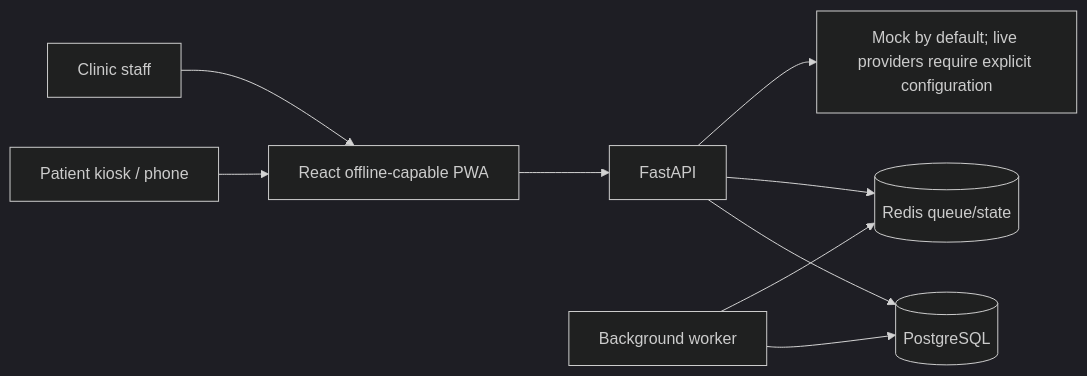
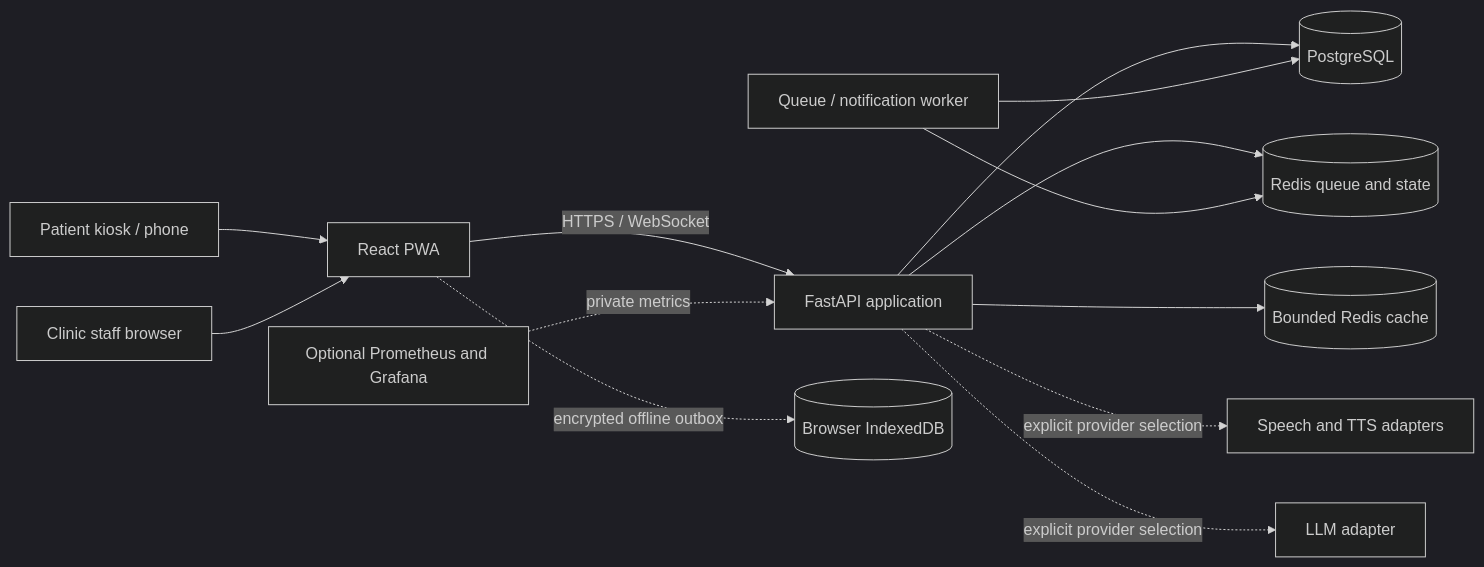
Before and after one commit to Shashi1543-07/OPD-Sathi: the diagram in README.md, drawn with Mermaid (dark theme). The commit also changed other lines of this file and 2 other files, not shown here.

````diff
--- a/README.md
+++ b/README.md
@@ -42,11 +170,15 @@
 ```mermaid
 flowchart LR
-  Kiosk[Patient kiosk / phone] --> PWA[React offline-capable PWA]
-  Staff[Clinic staff] --> PWA
-  PWA --> API[FastAPI]
-  API --> DB[(PostgreSQL)]
-  API --> State[(Redis queue/state)]
-  Worker[Background worker] --> DB
-  Worker --> State
-  API --> Providers[Mock by default; live providers require explicit configuration]
+  Patient[Patient kiosk / phone] --> Web[React PWA]
+  Staff[Clinic staff browser] --> Web
+  Web -->|HTTPS / WebSocket| API[FastAPI application]
+  API --> PG[(PostgreSQL)]
+  API --> Redis[(Redis queue and state)]
+  API --> Cache[(Bounded Redis cache)]
+  Worker[Queue / notification worker] --> PG
+  Worker --> Redis
+  API -. explicit provider selection .-> Speech[Speech and TTS adapters]
+  API -. explicit provider selection .-> Model[LLM adapter]
+  Web -. encrypted offline outbox .-> Device[(Browser IndexedDB)]
+  Prometheus[Optional Prometheus and Grafana] -. private metrics .-> API
 ```
````
